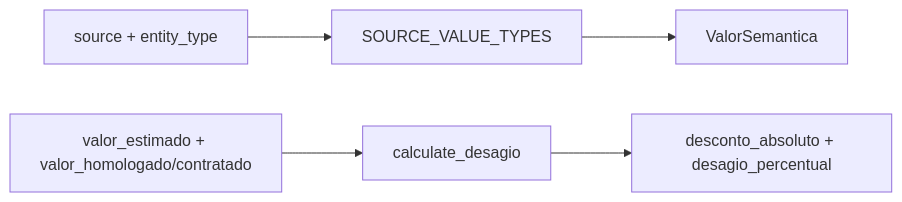
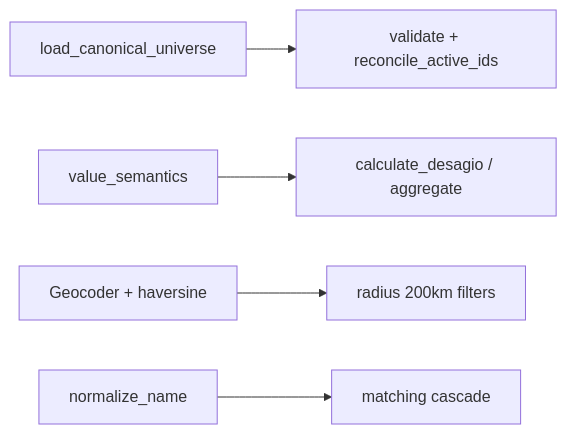
The diagram in _reversa_sdd/flowcharts/lib.md (tjsasakifln/extra-cli), drawn with Mermaid before and after one commit. The commit also changed other lines of this file and 41 other files, not shown here.

````diff
--- a/_reversa_sdd/flowcharts/lib.md
+++ b/_reversa_sdd/flowcharts/lib.md
@@ -22,7 +5,7 @@
 ```mermaid
 flowchart LR
-    A[source + entity_type] --> B[SOURCE_VALUE_TYPES]
-    B --> C[ValorSemantica]
-    D[valor_estimado + valor_homologado/contratado] --> E[calculate_desagio]
-    E --> F[desconto_absoluto + desagio_percentual]
+  U[load_canonical_universe] --> V[validate + reconcile_active_ids]
+  VS[value_semantics] --> D[calculate_desagio / aggregate]
+  G[Geocoder + haversine] --> R[radius 200km filters]
+  N[normalize_name] --> M[matching cascade]
 ```
````
